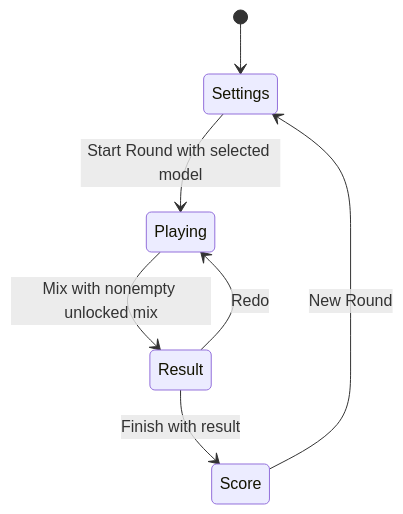
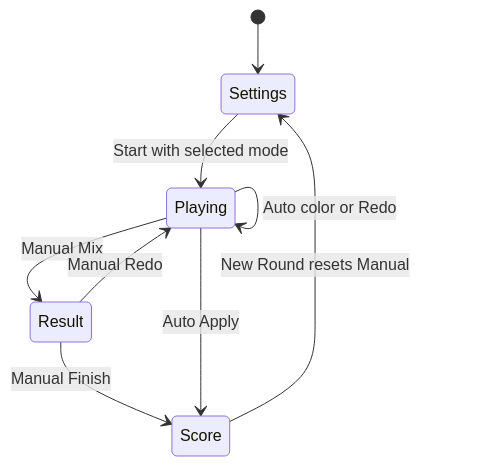
Before and after one commit to denywa/ColorTesting: the second of 2 diagrams in .kiro/specs/round-flow-and-input/design.md, drawn with Mermaid. The commit also changed other lines of this file and 135 other files, not shown here.

````diff
--- a/.kiro/specs/round-flow-and-input/design.md
+++ b/.kiro/specs/round-flow-and-input/design.md
@@ -104,9 +84,11 @@
 ```mermaid
 stateDiagram-v2
     [*] --> Settings
-    Settings --> Playing: Start Round with selected model
-    Playing --> Result: Mix with nonempty unlocked mix
-    Result --> Playing: Redo
-    Result --> Score: Finish with result
-    Score --> Settings: New Round
+    Settings --> Playing: Start with selected mode
+    Playing --> Result: Manual Mix
+    Result --> Playing: Manual Redo
+    Result --> Score: Manual Finish
+    Playing --> Playing: Auto color or Redo
+    Playing --> Score: Auto Apply
+    Score --> Settings: New Round resets Manual
 ```
````
